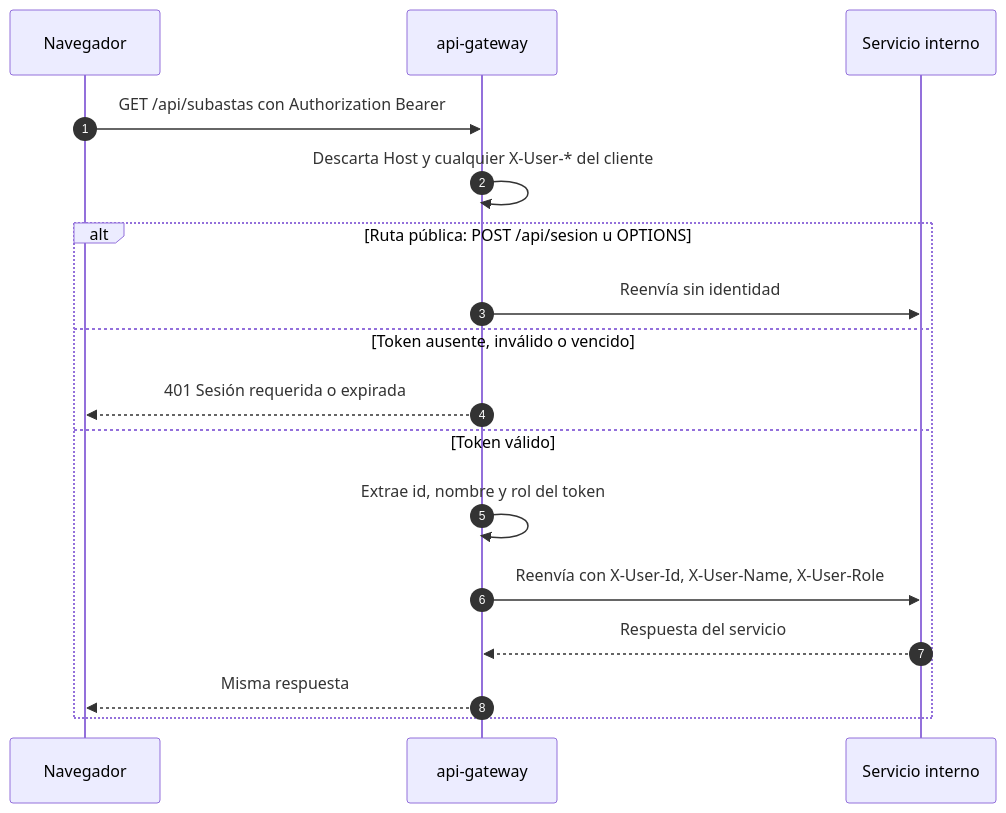
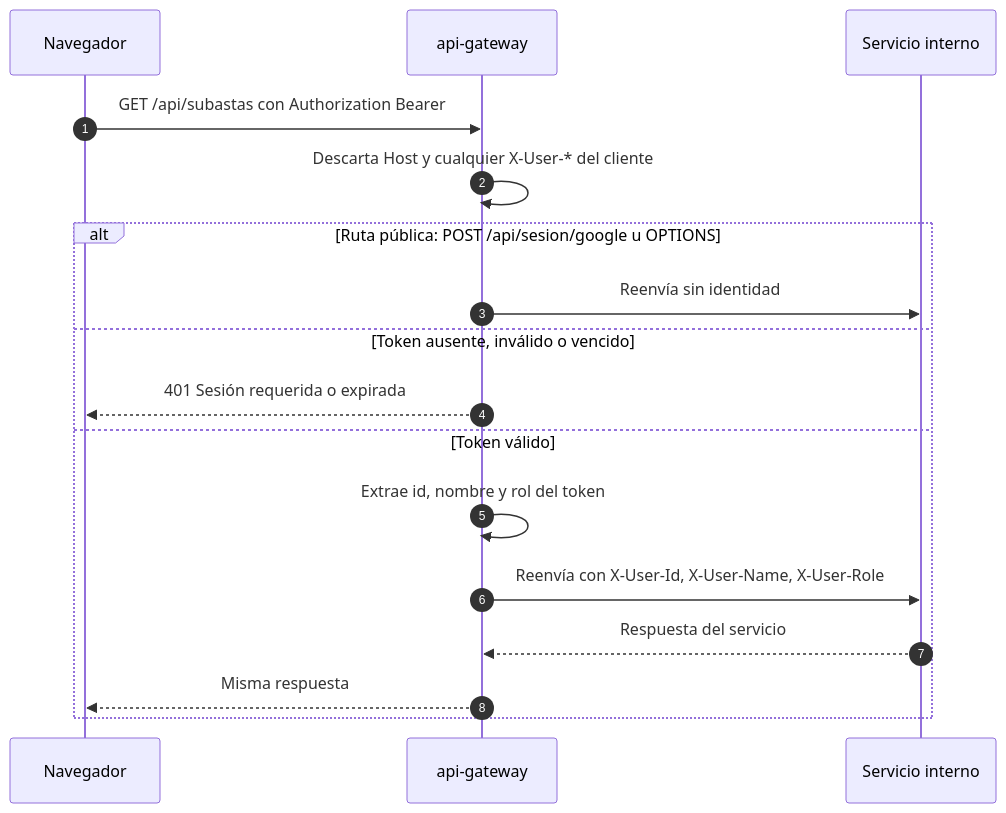
One commit to CafeOrbe/cafeorbe-api-gateway changed the third of 5 diagrams in README.md. Above: the diagram before and after it, drawn with Mermaid. The commit also changed other lines of this file and 17 other files, not shown here.

````diff
--- a/README.md
+++ b/README.md
@@ -92,20 +92,20 @@
 ```mermaid
 sequenceDiagram
     autonumber
     participant N as Navegador
     participant G as api-gateway
     participant S as Servicio interno
 
     N->>G: GET /api/subastas con Authorization Bearer
     G->>G: Descarta Host y cualquier X-User-* del cliente
-    alt Ruta pública: POST /api/sesion u OPTIONS
+    alt Ruta pública: POST /api/sesion/google u OPTIONS
         G->>S: Reenvía sin identidad
     else Token ausente, inválido o vencido
         G-->>N: 401 Sesión requerida o expirada
     else Token válido
         G->>G: Extrae id, nombre y rol del token
         G->>S: Reenvía con X-User-Id, X-User-Name, X-User-Role
         S-->>G: Respuesta del servicio
         G-->>N: Misma respuesta
     end
 ```
````
